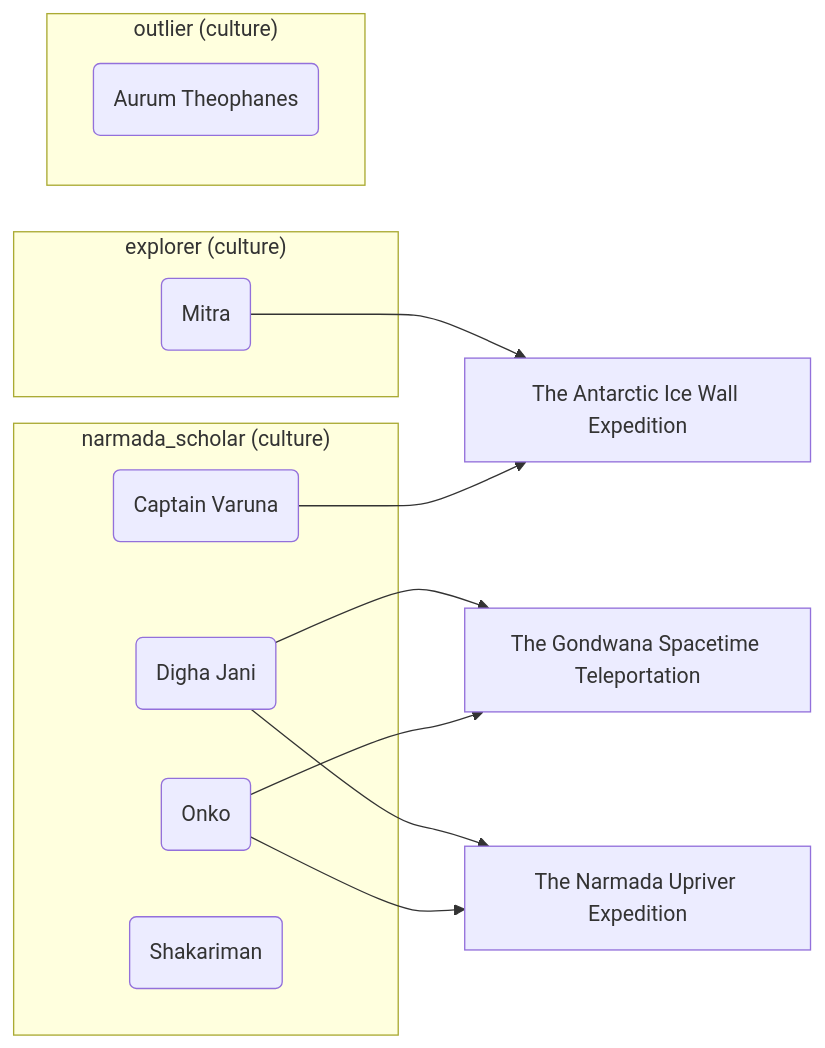
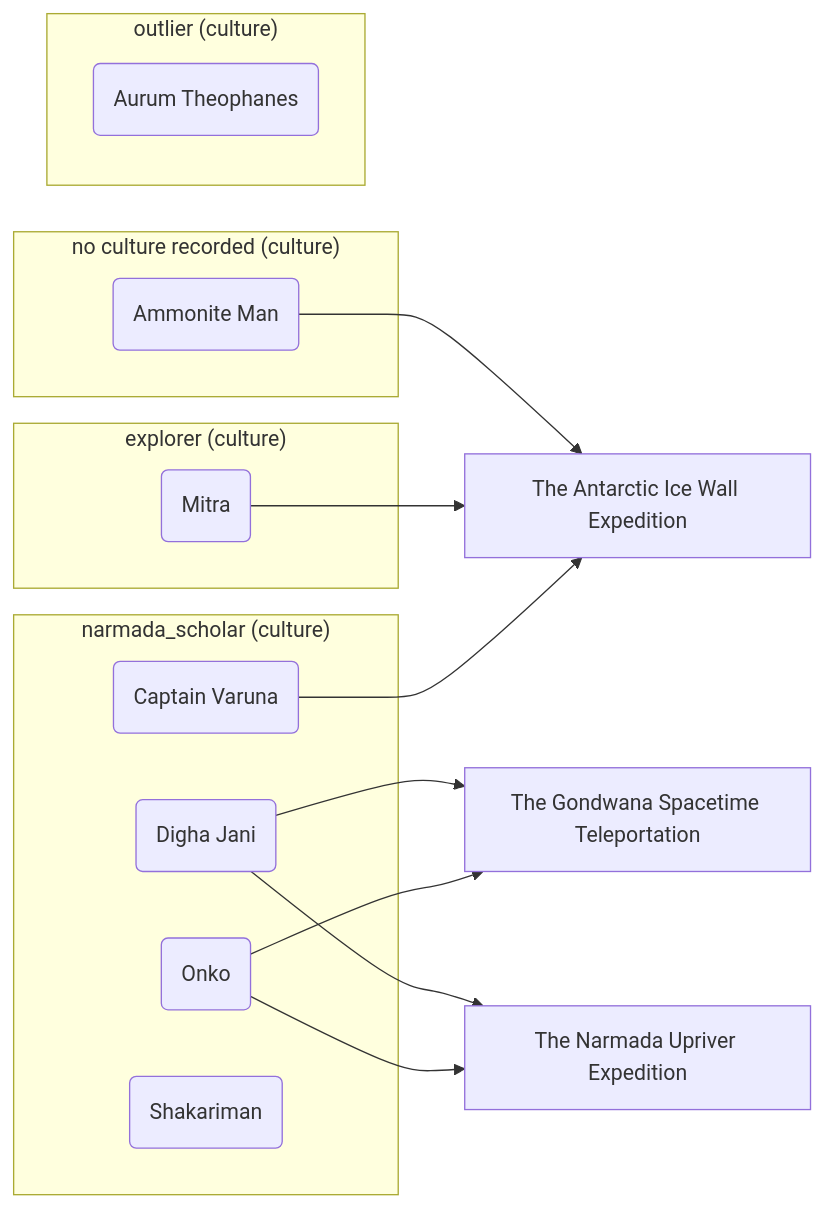
One commit to lordlebu/SouthOfTethys changed the fifth of 6 diagrams in docs/memory_map.md. Above: the diagram before and after it, drawn with Mermaid. The commit also changed other lines of this file and 23 other files, not shown here.

First line of the commit message:
Withhold the Prehistoric map, give Guyuk a second life, and move the Ammonite Man

````diff
--- a/docs/memory_map.md
+++ b/docs/memory_map.md
@@ -246,24 +255,28 @@
 ```mermaid
 graph LR
   subgraph grp_explorer["explorer (culture)"]
     character_mitra("Mitra")
   end
   subgraph grp_narmada_scholar["narmada_scholar (culture)"]
     character_varuna("Captain Varuna")
     character_digha_jani("Digha Jani")
     character_onko("Onko")
     character_shakariman("Shakariman")
   end
+  subgraph grp_no_culture_recorded["no culture recorded (culture)"]
+    character_ammonite_man("Ammonite Man")
+  end
   subgraph grp_outlier["outlier (culture)"]
     character_aurum_theophanes("Aurum Theophanes")
   end
   event_antarctic_ice_wall_expedition["The Antarctic Ice Wall Expedition"]
   event_gondwana_teleportation["The Gondwana Spacetime Teleportation"]
   event_narmada_upriver_expedition["The Narmada Upriver Expedition"]
+  character_ammonite_man --> event_antarctic_ice_wall_expedition
   character_digha_jani --> event_gondwana_teleportation
   character_digha_jani --> event_narmada_upriver_expedition
   character_mitra --> event_antarctic_ice_wall_expedition
   character_onko --> event_gondwana_teleportation
   character_onko --> event_narmada_upriver_expedition
   character_varuna --> event_antarctic_ice_wall_expedition
 ```
````
